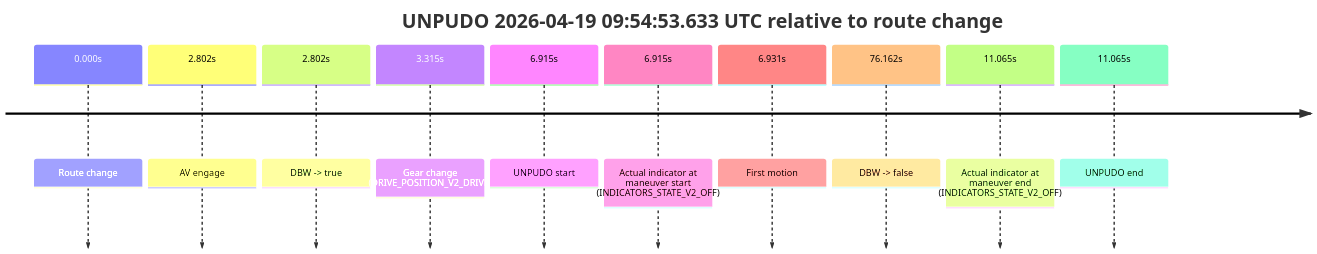
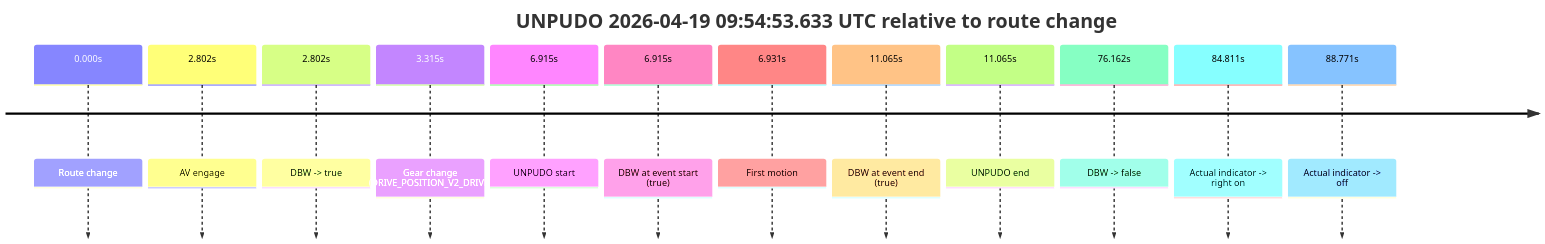
Before and after one commit to yoelshapiro/vault: the eighth of 8 diagrams in model_analysis/report_cards/2026/04/Week-3/fme20009--2026-04-19--08-25-51--gen2-av-aefa6853-1db4-47ed-b110-00d929d8142b.md, drawn with Mermaid. The commit also changed other lines of this file and 32 other files, not shown here.

````diff
--- a/model_analysis/report_cards/2026/04/Week-3/fme20009--2026-04-19--08-25-51--gen2-av-aefa6853-1db4-47ed-b110-00d929d8142b.md
+++ b/model_analysis/report_cards/2026/04/Week-3/fme20009--2026-04-19--08-25-51--gen2-av-aefa6853-1db4-47ed-b110-00d929d8142b.md
@@ -1059,14 +698,16 @@
 ```mermaid
 timeline
     title UNPUDO 2026-04-19 09:54:53.633 UTC relative to route change
     0.000s : Route change
     2.802s : AV engage
     2.802s : DBW -> true
     3.315s : Gear change (DRIVE_POSITION_V2_DRIVE)
     6.915s : UNPUDO start
-    6.915s : Actual indicator at maneuver start (INDICATORS_STATE_V2_OFF)
+    6.915s : DBW at event start (true)
     6.931s : First motion
+    11.065s : DBW at event end (true)
+    11.065s : UNPUDO end
     76.162s : DBW -> false
-    11.065s : Actual indicator at maneuver end (INDICATORS_STATE_V2_OFF)
-    11.065s : UNPUDO end
+    84.811s : Actual indicator -> right on
+    88.771s : Actual indicator -> off
 ```
````
